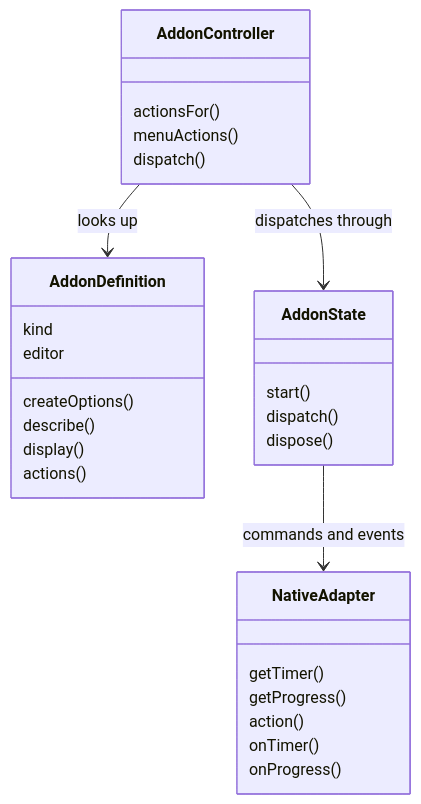
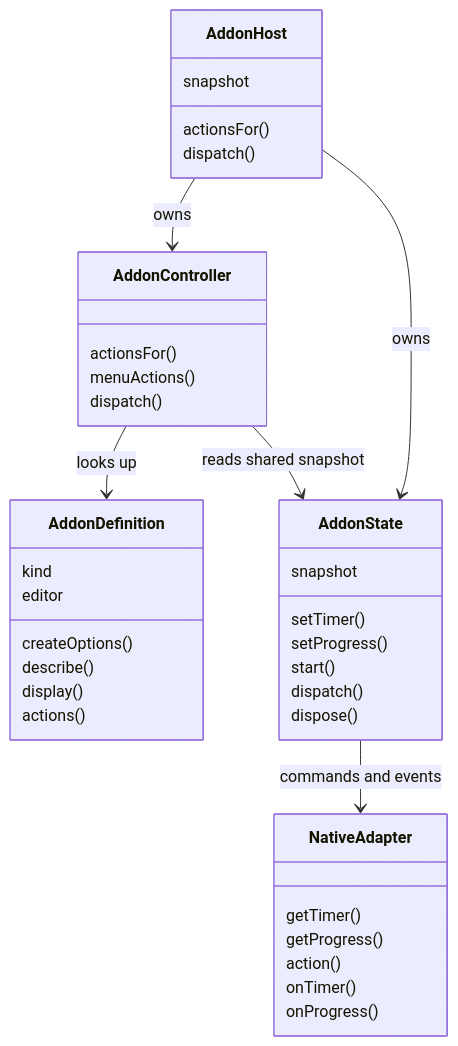
The first of 2 diagrams in src/addons/doc/workflow_diagram.md (tbkmax/TopClock), drawn with Mermaid before and after one commit. The commit also changed other lines of this file and 42 other files, not shown here.

Commit message:
fix(add-on): fix add-on architecture error

````diff
--- a/src/addons/doc/workflow_diagram.md
+++ b/src/addons/doc/workflow_diagram.md
@@ -5,31 +5,41 @@
 ```mermaid
 classDiagram
     class AddonDefinition {
       kind
       createOptions()
       describe()
       display()
       editor
       actions()
     }
     class AddonController {
       actionsFor()
       menuActions()
       dispatch()
     }
+    class AddonHost {
+      snapshot
+      actionsFor()
+      dispatch()
+    }
     class AddonState {
+      snapshot
+      setTimer()
+      setProgress()
       start()
       dispatch()
       dispose()
     }
     class NativeAdapter {
       getTimer()
       getProgress()
       action()
       onTimer()
       onProgress()
     }
+    AddonHost --> AddonController : owns
+    AddonHost --> AddonState : owns
     AddonController --> AddonDefinition : looks up
-    AddonController --> AddonState : dispatches through
+    AddonController --> AddonState : reads shared snapshot
     AddonState --> NativeAdapter : commands and events
 ```
````
